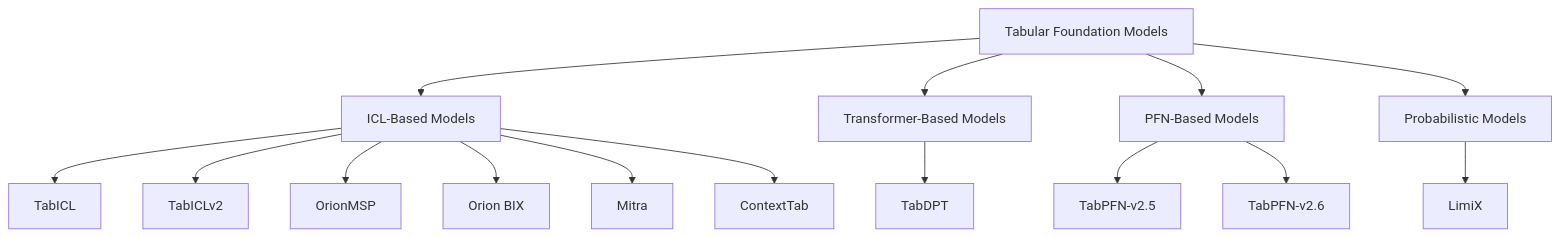
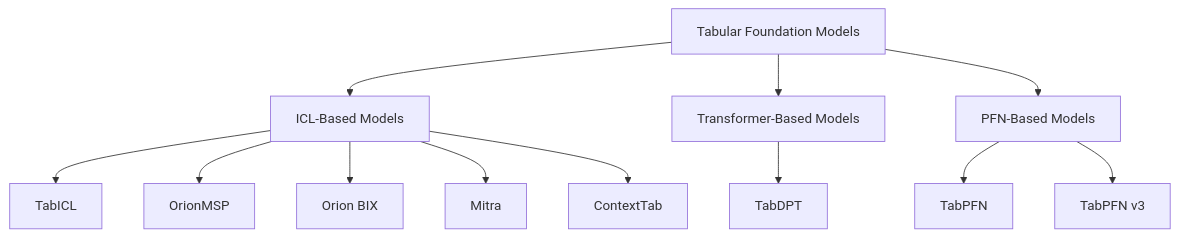
One commit to Lexsi-Labs/TabTune changed the diagram in docs/models/overview.md. Above: the diagram before and after it, drawn with Mermaid. The commit also changed other lines of this file and 3 other files, not shown here.

````diff
--- a/docs/models/overview.md
+++ b/docs/models/overview.md
@@ -9,21 +9,17 @@
 ```mermaid
 flowchart TD
     A[Tabular Foundation Models] --> B[ICL-Based Models]
     A --> C[Transformer-Based Models]
     A --> D[PFN-Based Models]
-    A --> E[Probabilistic Models]
-
-    B --> F[TabICL]
-    B --> G[TabICLv2]
-    B --> H[OrionMSP]
-    B --> I[Orion BIX]
-    B --> J[Mitra]
-    B --> K[ContextTab]
-
-    C --> L[TabDPT]
-
-    D --> M[TabPFN-v2.5]
-    D --> N[TabPFN-v2.6]
-
-    E --> O[LimiX]
+    
+    B --> E[TabICL]
+    B --> F[OrionMSP]
+    B --> G[Orion BIX]
+    B --> H[Mitra]
+    B --> I[ContextTab]
+    
+    C --> J[TabDPT]
+    
+    D --> K[TabPFN]
+    D --> L[TabPFN v3]
 ```
````
